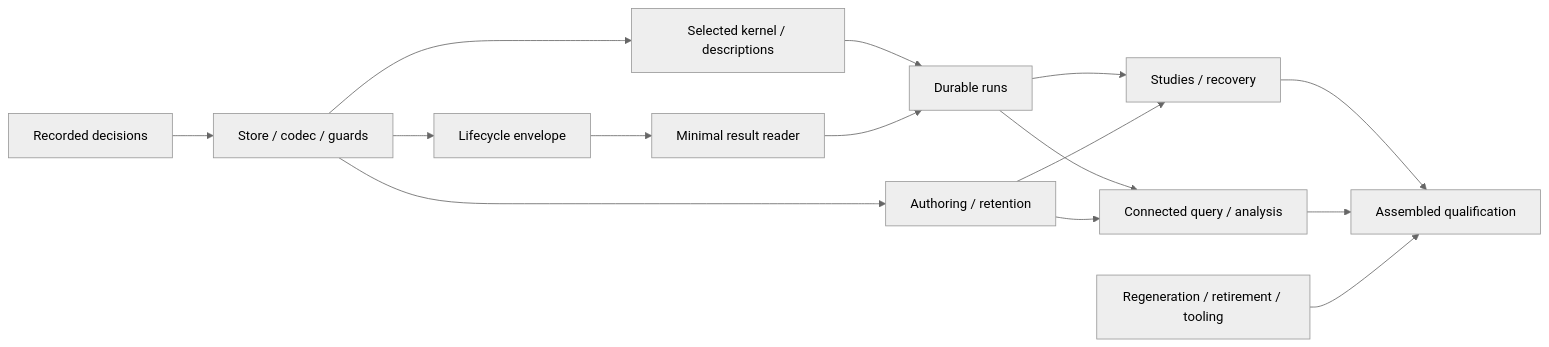
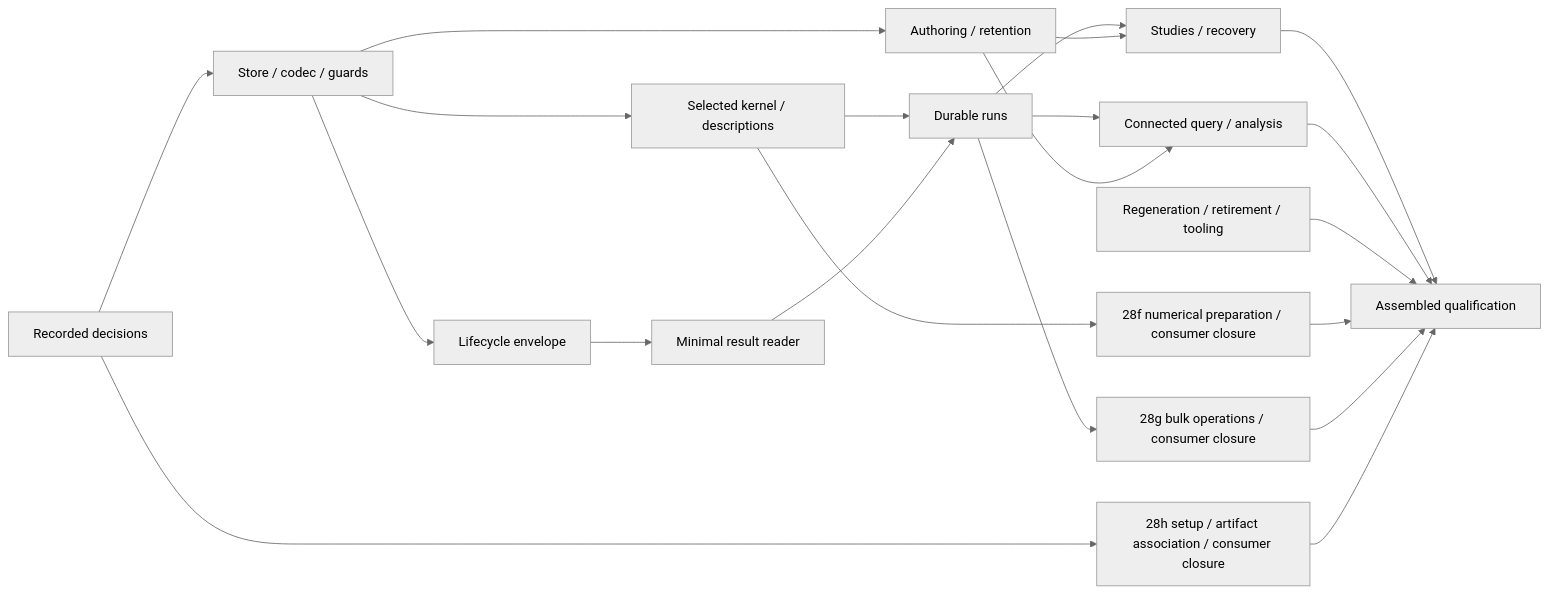
One commit to paul-heyse/pse-arrow changed the diagram in docs/plans/28-surrealdb-unified-substrate.md. Above: the diagram before and after it, drawn with Mermaid (neutral theme). The commit also changed other lines of this file and 133 other files, not shown here.

````diff
--- a/docs/plans/28-surrealdb-unified-substrate.md
+++ b/docs/plans/28-surrealdb-unified-substrate.md
@@ -209,17 +305,23 @@
 ```mermaid
 flowchart LR
   R0[Recorded decisions] --> A[Store / codec / guards]
   A --> B[Selected kernel / descriptions]
   A --> C[Lifecycle envelope]
   C --> D[Minimal result reader]
   B --> Run[Durable runs]
   D --> Run
   Run --> Study[Studies / recovery]
   Run --> Query[Connected query / analysis]
   A --> Retain[Authoring / retention]
   Retain --> Study
   Retain --> Query
   Study --> Q[Assembled qualification]
   Query --> Q
   Retire[Regeneration / retirement / tooling] --> Q
+  B --> N[28f numerical preparation / consumer closure]
+  Run --> T[28g bulk operations / consumer closure]
+  R0 --> L[28h setup / artifact association / consumer closure]
+  N --> Q
+  T --> Q
+  L --> Q
 ```
````
